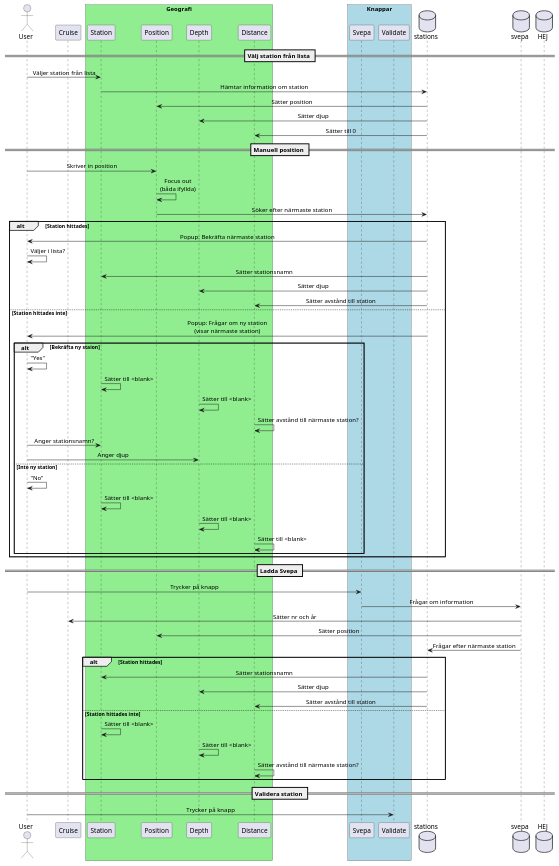
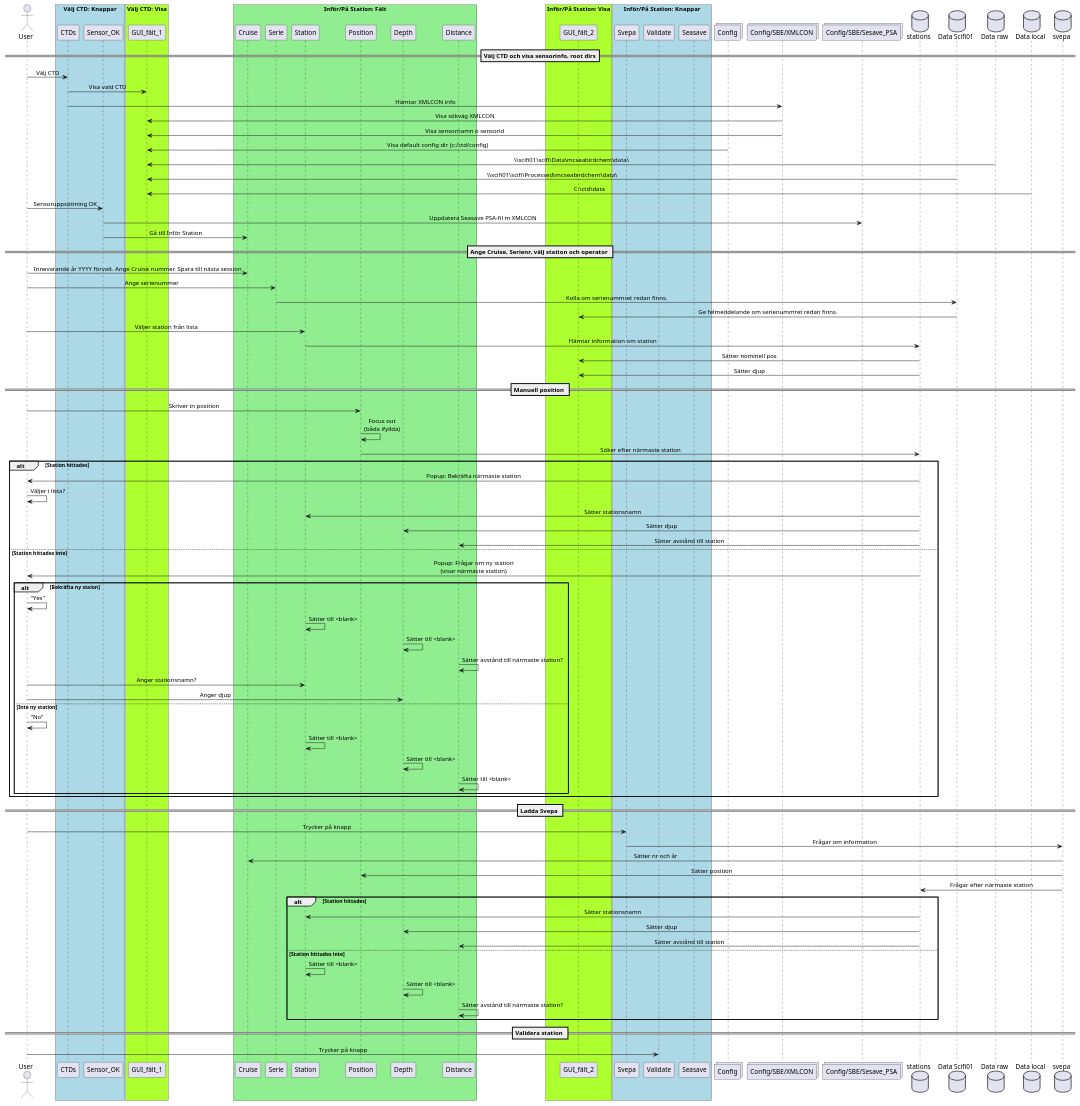
Before and after one commit to sharksmhi/SHARKtools_pre_system_Svea: the diagram in docs/försystem_sequence.plantuml, drawn with PlantUML.

Commit message:
New version of UML-code /MHan

```diff
--- a/docs/försystem_sequence.plantuml
+++ b/docs/försystem_sequence.plantuml
@@ -1,80 +1,117 @@
 @startuml Försystem
 'skinparam Style strictuml
 skinparam SequenceMessageAlignment center
 
 actor User
+box "Välj CTD: Knappar" #LightBlue
+participant CTDs
+participant "Sensor_OK"
+end box
+box "Välj CTD: Visa" #GreenYellow
+participant GUI_fält_1
+end box
+box "Inför/På Station: Fält" #LightGreen
 participant Cruise
-box "Geografi" #LightGreen
+participant Serie
 participant Station
 participant Position
 participant Depth
 participant Distance
 end box
-box "Knappar" #LightBlue
+box "Inför/På Station: Visa" #GreenYellow
+participant GUI_fält_2
+end box
+
+box "Inför/På Station: Knappar" #LightBlue
 participant Svepa
 participant Validate
+participant Seasave
 end box
+collections Config
+collections "Config/SBE/XMLCON"
+collections "Config/SBE/Sesave_PSA"
 database stations 
+database "Data Scifi01"
+database "Data raw"
+database "Data local"
+
 database svepa
-database HEJ
 
-== Välj station från lista ==
+== Välj CTD och visa sensorinfo, root dirs==
+User -> CTDs: Välj CTD
+CTDs -> GUI_fält_1: Visa vald CTD
+CTDs -> "Config/SBE/XMLCON": Hämtar XMLCON info 
+"Config/SBE/XMLCON" -> GUI_fält_1: Visa sökväg XMLCON 
+"Config/SBE/XMLCON" -> GUI_fält_1: Visa sensornamn o sensorid  
+Config -> GUI_fält_1: Visa default config dir (c:/ctd/config)
+"Data raw" -> GUI_fält_1: \\\scifi01\\scifi\\Data\\mcseabirdchem\\data\\
+"Data Scifi01" -> GUI_fält_1: \\\scifi01\\scifi\\Processed\\mcseabirdchem\\data\\ 
+"Data local" -> GUI_fält_1: C:\ctd\data\
+
+User -> Sensor_OK: Sensoruppsättning OK
+Sensor_OK -> "Config/SBE/Sesave_PSA": Uppdatera Seasave PSA-fil m XMLCON
+Sensor_OK -> Cruise:Gå till Inför Station
+
+== Ange Cruise, Serienr, välj station och operator ==
+User -> Cruise: Innevarande år YYYY förvalt. Ange Cruise nummer. Spara till nästa session
+User -> Serie: Ange serienummer
+Serie -> "Data Scifi01": Kolla om serienummret redan finns. 
+"Data Scifi01"-> GUI_fält_2: Ge felmeddelande om serienummret redan finns. 
 User -> Station : Väljer station från lista 
 Station -> stations : Hämtar information om station 
-stations -> Position : Sätter position
-stations -> Depth : Sätter djup
-stations -> Distance : Sätter till 0
+stations -> GUI_fält_2 : Sätter nominell pos
+stations -> GUI_fält_2 : Sätter djup
 
 
 == Manuell position ==
 User -> Position : Skriver in position
 Position -> Position : Focus out\n(båda ifyllda)
 Position -> stations : Söker efter närmaste station
     alt Station hittades 
         stations -> User : Popup: Bekräfta närmaste station 
         User -> User : Väljer i lista? 
         stations -> Station : Sätter stationsnamn
         stations -> Depth : Sätter djup 
         stations -> Distance : Sätter avstånd till station
     else Station hittades inte 
         stations -> User : Popup: Frågar om ny station\n(visar närmaste station)
         alt Bekräfta ny staion 
             User -> User : "Yes"
             Station -> Station : Sätter till <blank>
             Depth -> Depth : Sätter till <blank>
             Distance -> Distance : Sätter avstånd till närmaste station?
             User -> Station : Anger stationsnamn?
             User -> Depth : Anger djup
         else Inte ny station 
             User -> User : "No"
             Station -> Station : Sätter till <blank>
             Depth -> Depth : Sätter till <blank>
             Distance -> Distance : Sätter till <blank>
 
         end
     end
 
 
 == Ladda Svepa ==
 User -> Svepa : Trycker på knapp
 Svepa -> svepa : Frågar om information
 svepa -> Cruise : Sätter nr och år
 svepa -> Position : Sätter position
 svepa -> stations : Frågar efter närmaste station
     alt Station hittades 
         stations -> Station : Sätter stationsnamn
         stations -> Depth : Sätter djup 
         stations -> Distance : Sätter avstånd till station
     else Station hittades inte
         Station -> Station : Sätter till <blank>
         Depth -> Depth : Sätter till <blank>
         Distance -> Distance : Sätter avstånd till närmaste station?
     end
 
 
 
 == Validera station ==
 User -> Validate : Trycker på knapp 
 
 
 @enduml
```
